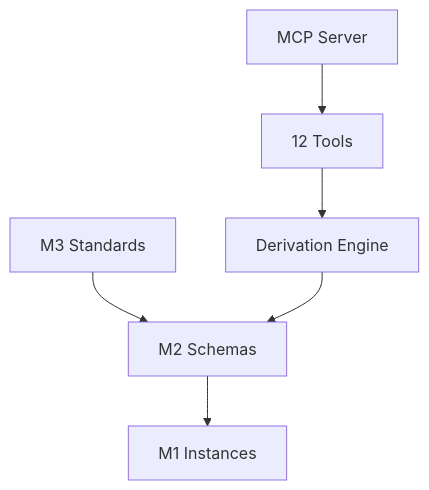
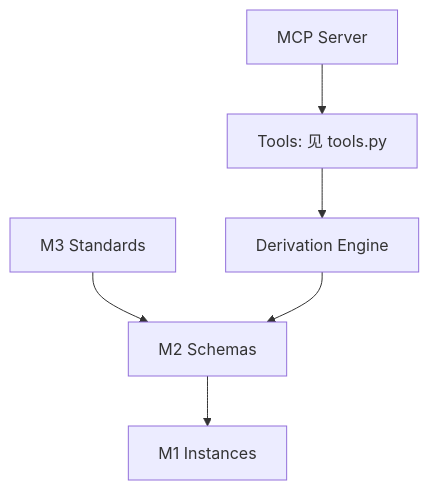
Before and after one commit to starlink-awaken/omostation-model-driven: the diagram in ARCHITECTURE.md, drawn with Mermaid. The commit also changed other lines of this file and 1 other file, not shown here.

````diff
--- a/ARCHITECTURE.md
+++ b/ARCHITECTURE.md
@@ -15,10 +16,10 @@
 ```mermaid
 
 graph TB
     M3[M3 Standards] --> M2[M2 Schemas]
     M2 --> M1[M1 Instances]
     DE[Derivation Engine] --> M2
-    Tools[12 Tools] --> DE
+    Tools[Tools: 见 tools.py] --> DE
     MCP[MCP Server] --> Tools
 
 ```
````
